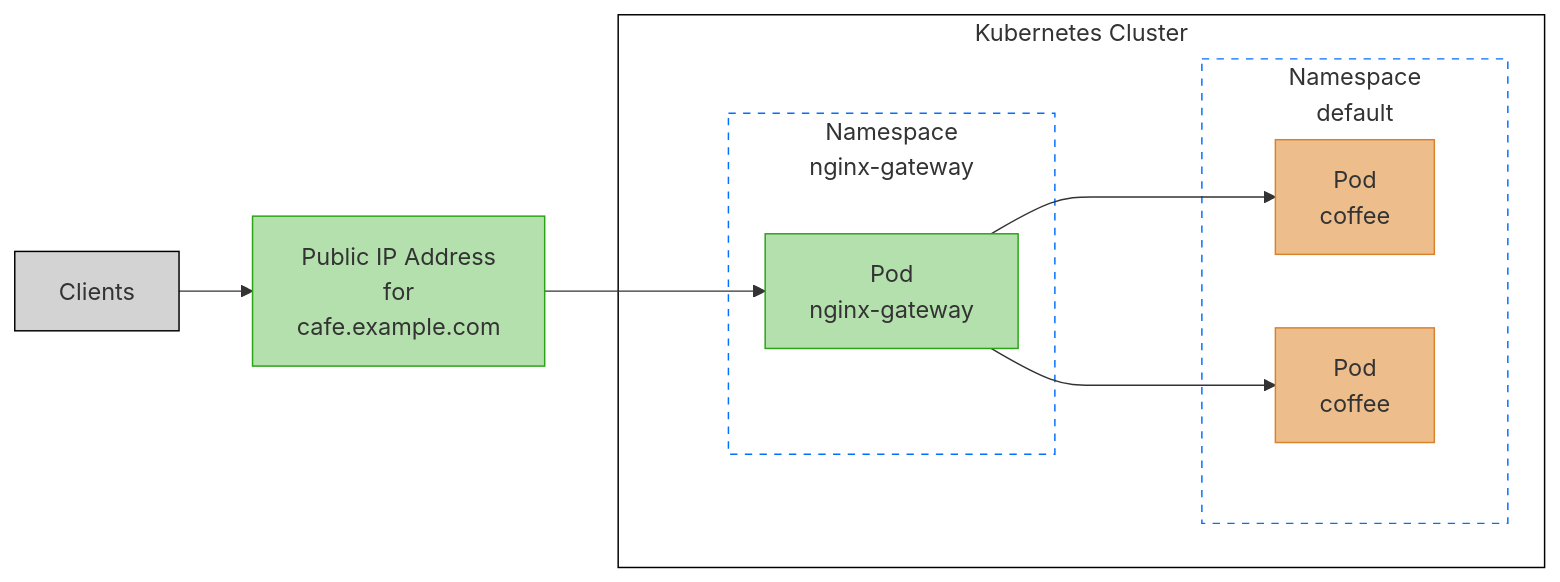
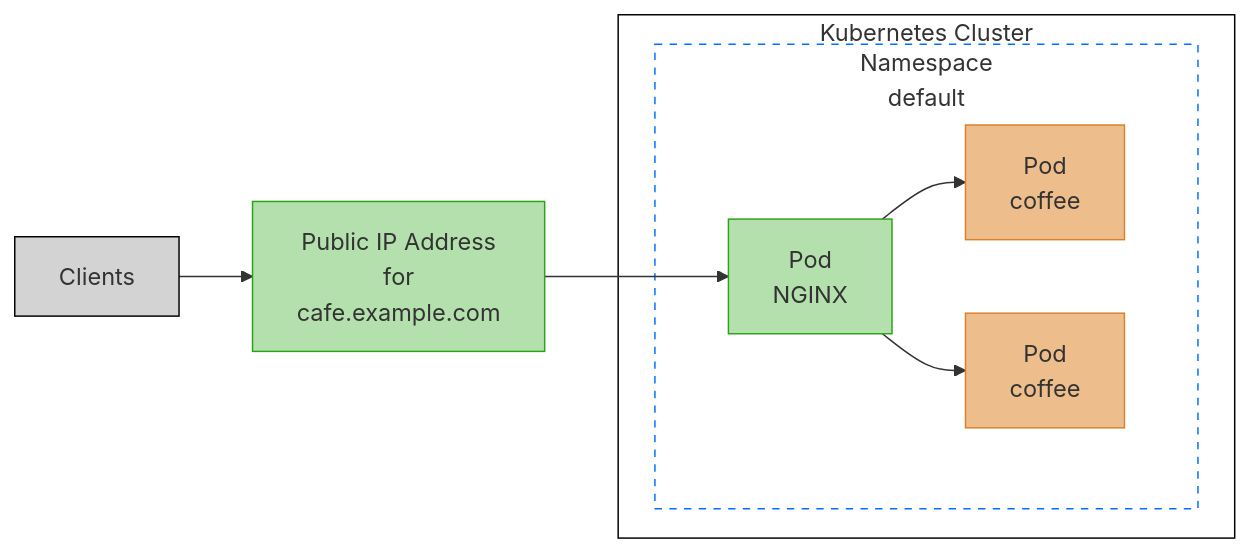
Before and after one commit to nginx/documentation: the diagram in static/ngf/img/src/route-all-traffic-flow.mermaid, drawn with Mermaid. The commit also changed 1 other file, not shown here.

Commit message:
Update ngf routing diagrams to reflect new arcitecture

```diff
--- a/static/ngf/img/src/route-all-traffic-flow.mermaid
+++ b/static/ngf/img/src/route-all-traffic-flow.mermaid
@@ -1,42 +1,33 @@
 %% mermaid source for route-all-traffic-flow.png diagram
 graph LR
   clients[Clients]
   ngfSvc["Public IP Address\nfor\ncafe.example.com"]
 
     subgraph cluster [Kubernetes Cluster]
         style cluster fill:#FFFFFF,stroke:#000000
-        subgraph clusterPadding [" "]
-            subgraph clusterPadding2 [" "]
-                subgraph gwNS [Namespace\nnginx-gateway]
-                    ngfPod[Pod\nnginx-gateway]
-                end
-            end
-        end
 
         subgraph appNs [Namespace\ndefault]
             subgraph nsPadding [" "]
+            nginxPod[Pod\nNGINX]
                 coffeePod1[Pod\ncoffee]
                 coffeePod2[Pod\ncoffee]
             end
         end
     end
 
-
-
-  ngfSvc --> ngfPod
-  ngfPod --> coffeePod1 & coffeePod2
+  ngfSvc --> nginxPod
+  nginxPod --> coffeePod1 & coffeePod2
   clients --> ngfSvc
 
   class clusterPadding,nsPadding,clusterPadding2 noBorder
   class gwNS,appNs namespace
-  class ngfPod,ngfSvc nginxNode
+  class nginxPod,ngfSvc nginxNode
   class coffeePod1,coffeePod2 coffeeNode
   class clients clientNode
-
 
   classDef noBorder stroke:none,fill:none
   classDef default fill:#FFFFFF,stroke:#000000
   classDef namespace fill:#FFFFFF,stroke:#036ffc,stroke-dasharray: 5 5,text-align:center
   classDef nginxNode fill:#b4e0ad,stroke:#2AA317
   classDef coffeeNode fill:#edbd8c,stroke:#D9822B
   classDef clientNode fill:#D3D3D3
```
